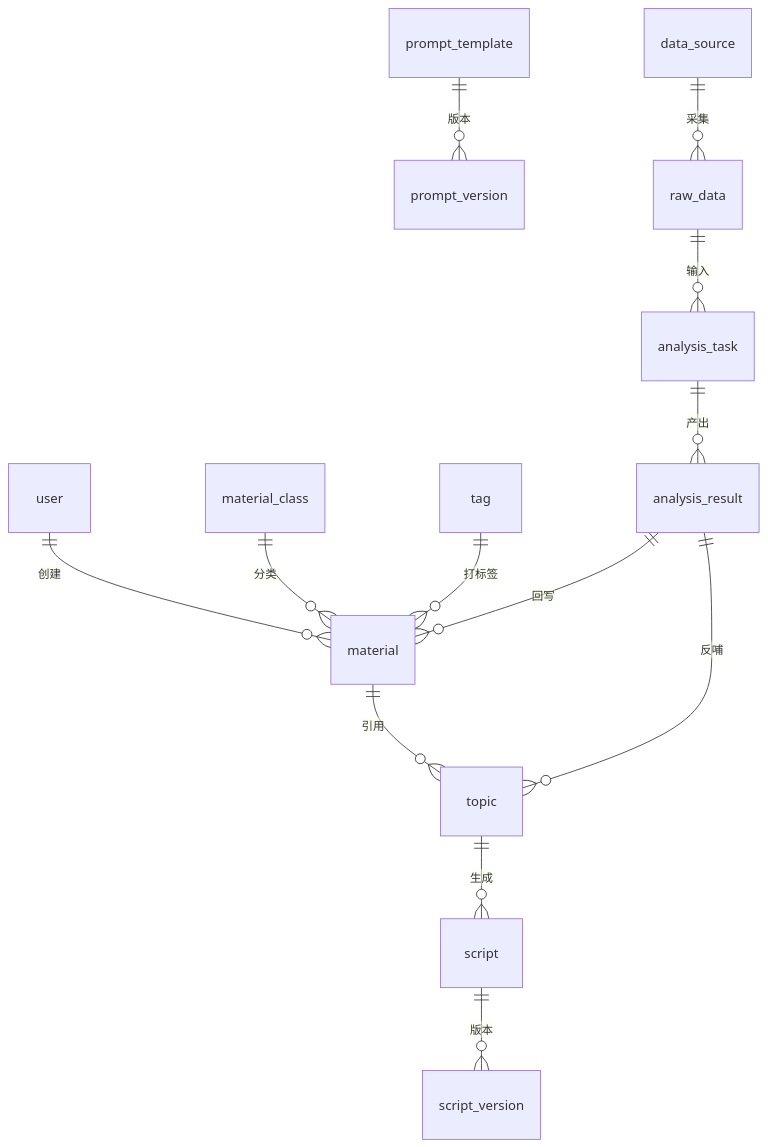
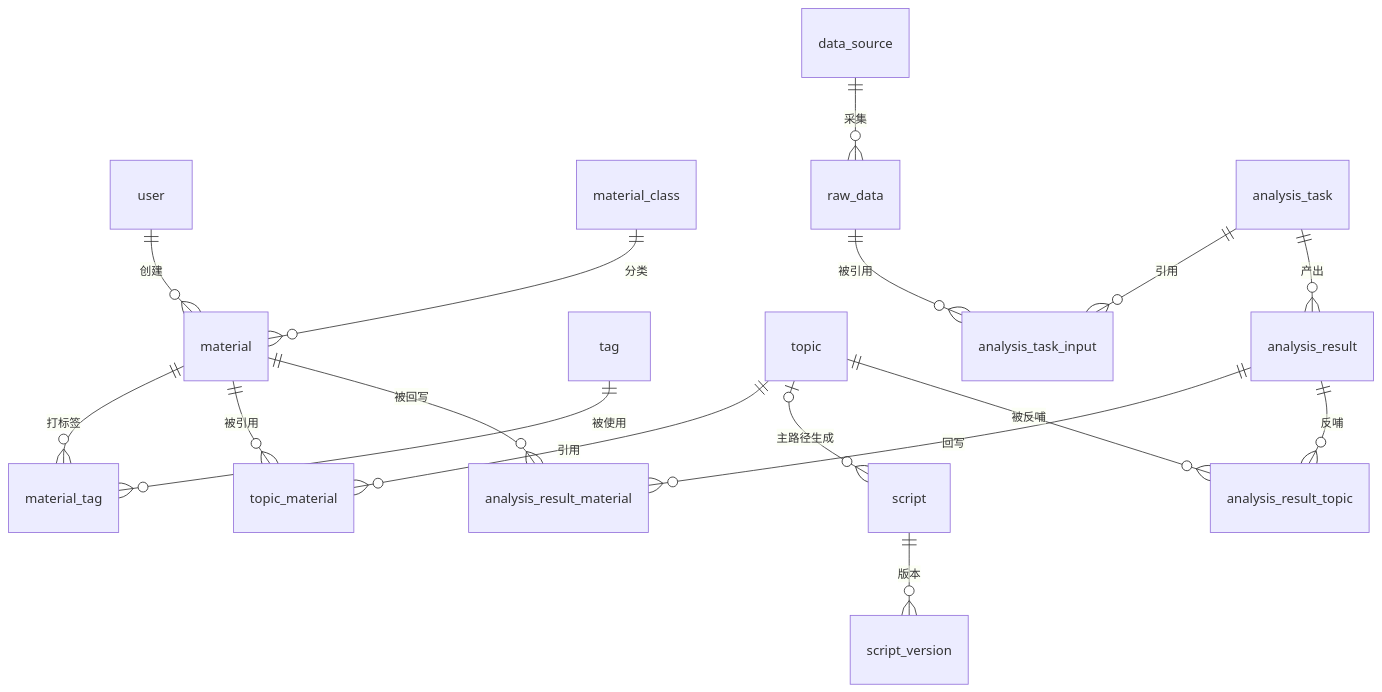
Before and after one commit to lophyJessica/forge-scrm: the diagram in prd-docs/核心字段清单.md, drawn with Mermaid. The commit also changed other lines of this file and 18 other files, not shown here.

Commit message:
docs: 修复审计27项(P0x9/P1x13/P2x5)——口径统一/审核入口/一期权限/Schema对齐

````diff
--- a/prd-docs/核心字段清单.md
+++ b/prd-docs/核心字段清单.md
@@ -214,15 +267,19 @@
 ```mermaid
 erDiagram
     user ||--o{ material : "创建"
     material_class ||--o{ material : "分类"
-    tag ||--o{ material : "打标签"
-    prompt_template ||--o{ prompt_version : "版本"
-    material ||--o{ topic : "引用"
-    topic ||--o{ script : "生成"
+    material ||--o{ material_tag : "打标签"
+    tag ||--o{ material_tag : "被使用"
+    material ||--o{ topic_material : "被引用"
+    topic ||--o{ topic_material : "引用"
+    topic o|--o{ script : "主路径生成"
     script ||--o{ script_version : "版本"
     data_source ||--o{ raw_data : "采集"
-    raw_data ||--o{ analysis_task : "输入"
+    raw_data ||--o{ analysis_task_input : "被引用"
+    analysis_task ||--o{ analysis_task_input : "引用"
     analysis_task ||--o{ analysis_result : "产出"
-    analysis_result ||--o{ material : "回写"
-    analysis_result ||--o{ topic : "反哺"
+    analysis_result ||--o{ analysis_result_material : "回写"
+    material ||--o{ analysis_result_material : "被回写"
+    analysis_result ||--o{ analysis_result_topic : "反哺"
+    topic ||--o{ analysis_result_topic : "被反哺"
 ```
````
